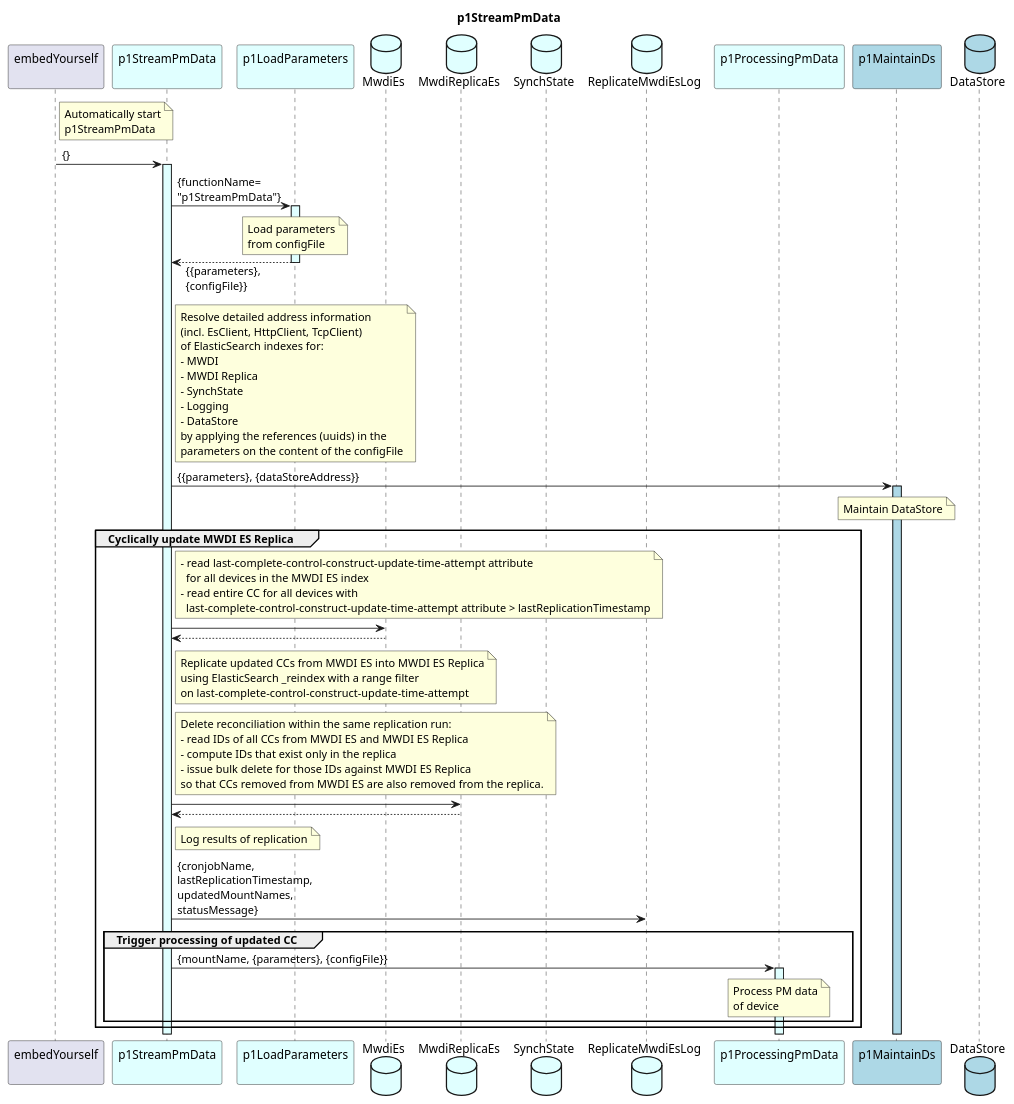
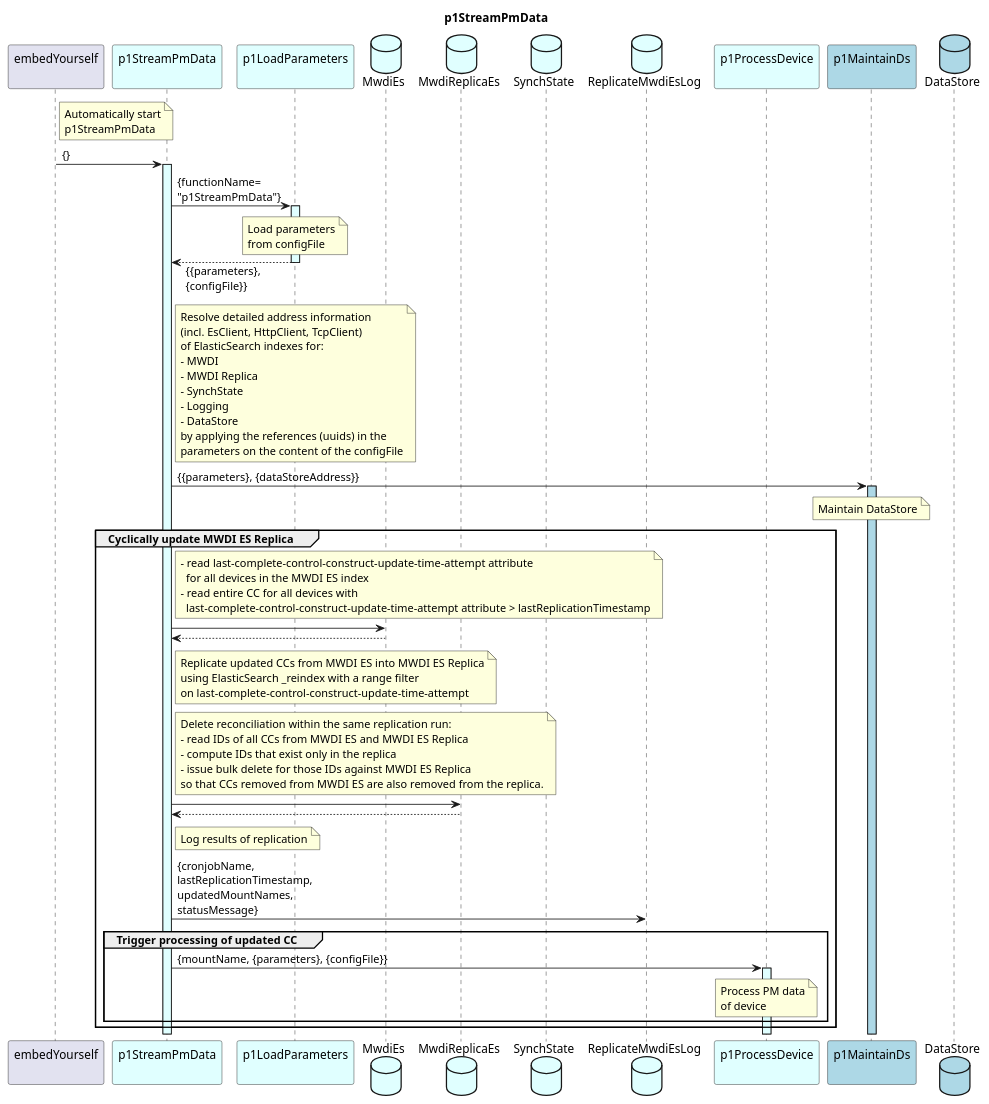
One commit to openBackhaul/DevicePerformanceManagementDataProcessor changed the diagram in spec/Functions/specificFunctions/p1ReplicateMwdiEs_old/p1ReplicateMwdiEs.plantuml. Above: the diagram before and after it, drawn with PlantUML. The commit also changed 32 other files, not shown here.

Commit message:
Rename from p1ProcessingPmData to p1ProcessDevice

```diff
--- a/spec/Functions/specificFunctions/p1ReplicateMwdiEs_old/p1ReplicateMwdiEs.plantuml
+++ b/spec/Functions/specificFunctions/p1ReplicateMwdiEs_old/p1ReplicateMwdiEs.plantuml
@@ -1,101 +1,101 @@
 @startuml p1StreamPmData
 skinparam responseMessageBelowArrow true
 
 title
   p1StreamPmData
 end title
 
 participant "embedYourself\n" as embed
 participant "p1StreamPmData\n" as p1RMWDI #LightCyan
 participant "p1LoadParameters\n" as p1LP #LightCyan
 
 database "MwdiEs" as mwdiEs #LightCyan
 database "MwdiReplicaEs" as MwdiReplicaEs #LightCyan
 database "SynchState" as synchState #LightCyan
 database "ReplicateMwdiEsLog" as log #LightCyan
 
-participant "p1ProcessingPmData\n" as p1ProOrch #LightCyan
+participant "p1ProcessDevice\n" as p1ProOrch #LightCyan
 participant "p1MaintainDs\n" as p1MDS #LightBlue
 database "DataStore" as dataStore #LightBlue
 
 note right embed
   Automatically start
   p1StreamPmData
 end note
 embed -> p1RMWDI : {}
 activate p1RMWDI #LightCyan
 
   p1RMWDI -> p1LP : {functionName=\n"p1StreamPmData"}
   activate p1LP #LightCyan
     note over p1LP
       Load parameters
       from configFile
     end note
   p1RMWDI <-- p1LP : {{parameters},\n{configFile}}
   deactivate p1LP
 
   note right p1RMWDI
     Resolve detailed address information 
     (incl. EsClient, HttpClient, TcpClient)
     of ElasticSearch indexes for:
     - MWDI
     - MWDI Replica
     - SynchState
     - Logging
     - DataStore
     by applying the references (uuids) in the
     parameters on the content of the configFile
   end note
 
   p1RMWDI -> p1MDS : {{parameters}, {dataStoreAddress}}
   activate p1MDS #LightBlue
     note over p1MDS
       Maintain DataStore
     end note
 
   group Cyclically update MWDI ES Replica
 
     note right p1RMWDI
       - read last-complete-control-construct-update-time-attempt attribute
         for all devices in the MWDI ES index
       - read entire CC for all devices with
         last-complete-control-construct-update-time-attempt attribute > lastReplicationTimestamp
     end note
     p1RMWDI -> mwdiEs
     p1RMWDI <-- mwdiEs
 
     note right p1RMWDI
       Replicate updated CCs from MWDI ES into MWDI ES Replica
       using ElasticSearch _reindex with a range filter
       on last-complete-control-construct-update-time-attempt
     end note
 
     ' todo: Please, double check the design, it might not be necessary to clean up the Replica on every run
     note right p1RMWDI
       Delete reconciliation within the same replication run:
       - read IDs of all CCs from MWDI ES and MWDI ES Replica
       - compute IDs that exist only in the replica
       - issue bulk delete for those IDs against MWDI ES Replica
       so that CCs removed from MWDI ES are also removed from the replica.
     end note
     p1RMWDI -> MwdiReplicaEs
     p1RMWDI <-- MwdiReplicaEs
 
     note right p1RMWDI
       Log results of replication
     end note
     p1RMWDI -> log : {cronjobName,\nlastReplicationTimestamp,\nupdatedMountNames,\nstatusMessage}
 
 
     group Trigger processing of updated CC
       p1RMWDI -> p1ProOrch : {mountName, {parameters}, {configFile}}
       activate p1ProOrch #LightCyan
         note over p1ProOrch
           Process PM data
           of device
         end note
     end
 
   end
 
 @enduml
```
